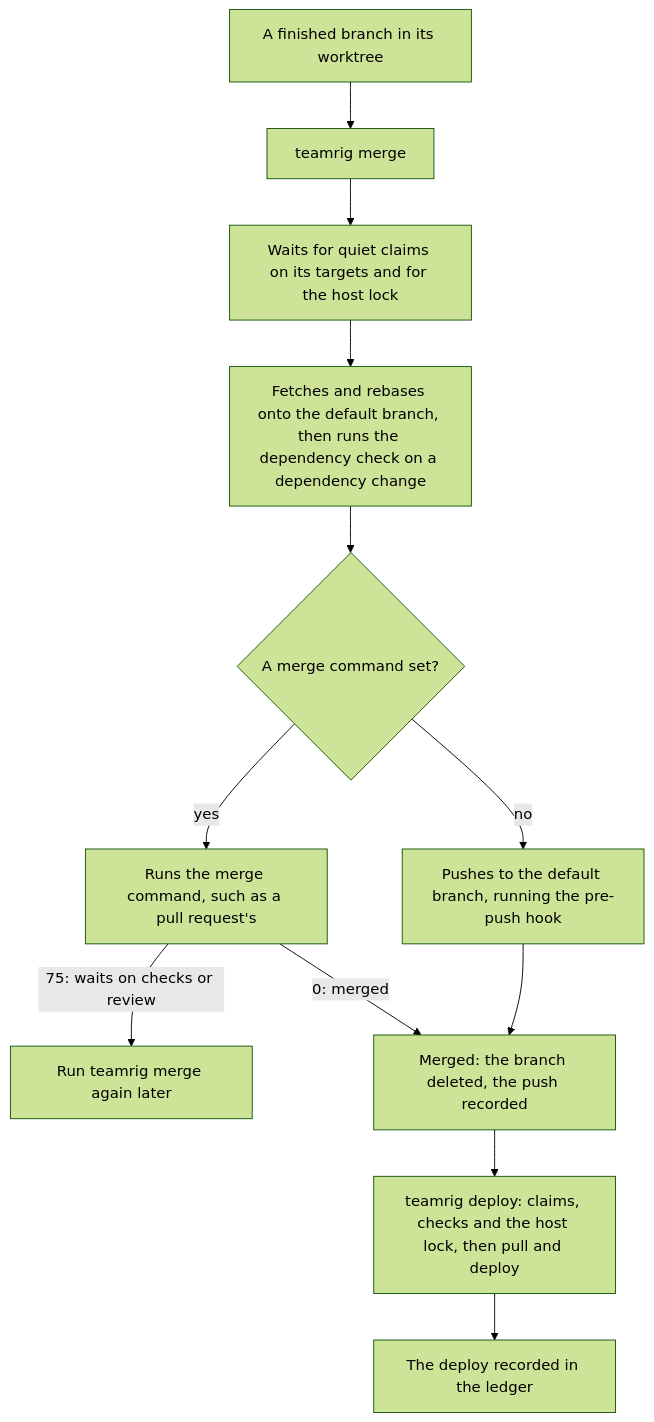
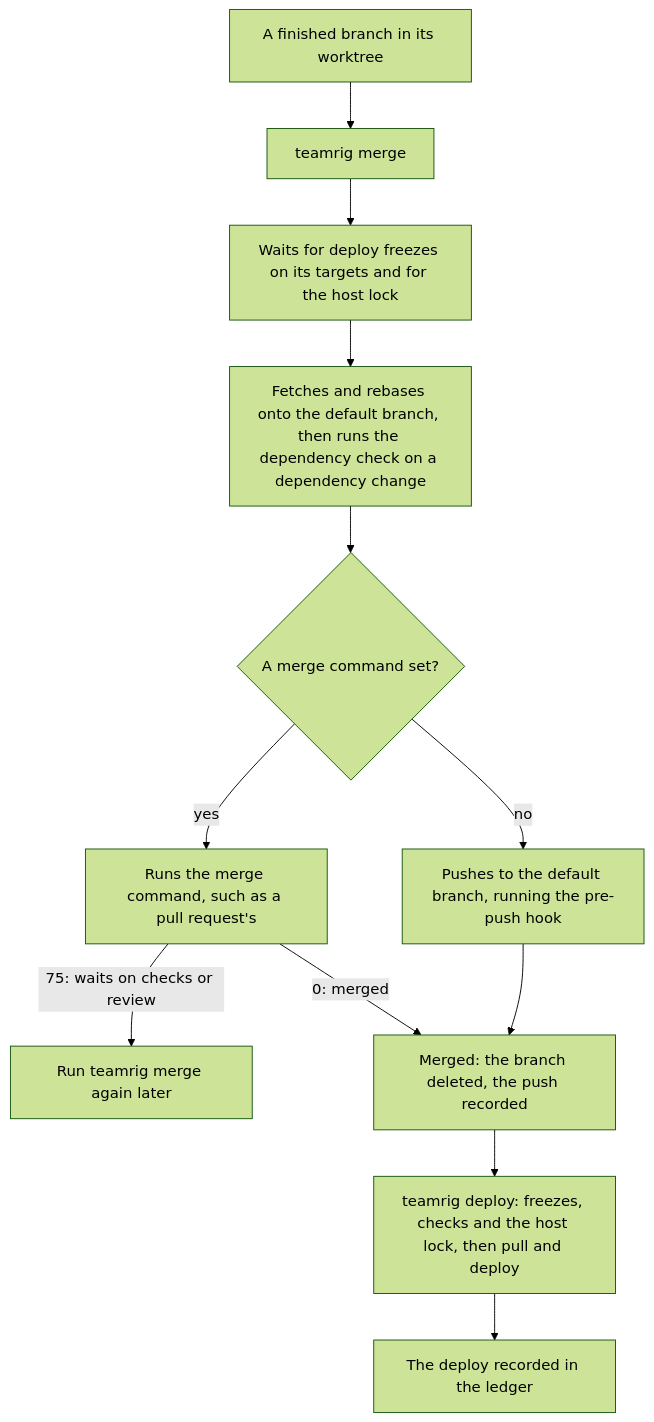
The first of 2 diagrams in docs/guides/ship-from-many-sessions.md (GeneralA6/teamrig), drawn with Mermaid (forest theme) before and after one commit. The commit also changed other lines of this file and 33 other files, not shown here.

````diff
--- a/docs/guides/ship-from-many-sessions.md
+++ b/docs/guides/ship-from-many-sessions.md
@@ -74,14 +74,14 @@
 ```mermaid
 flowchart TD
   branch["A finished branch in its worktree"] --> mergecmd["teamrig merge"]
-  mergecmd --> waitlock["Waits for quiet claims on its targets and for the host lock"]
+  mergecmd --> waitlock["Waits for deploy freezes on its targets and for the host lock"]
   waitlock --> rebase["Fetches and rebases onto the default branch, then runs the dependency check on a dependency change"]
   rebase --> how{"A merge command set?"}
   how -- no --> push["Pushes to the default branch, running the pre-push hook"]
   how -- yes --> merge["Runs the merge command, such as a pull request's"]
   merge -- "75: waits on checks or review" --> later["Run teamrig merge again later"]
   merge -- "0: merged" --> merged["Merged: the branch deleted, the push recorded"]
   push --> merged
-  merged --> deploy["teamrig deploy: claims, checks and the host lock, then pull and deploy"]
+  merged --> deploy["teamrig deploy: freezes, checks and the host lock, then pull and deploy"]
   deploy --> recorded["The deploy recorded in the ledger"]
 ```
````
